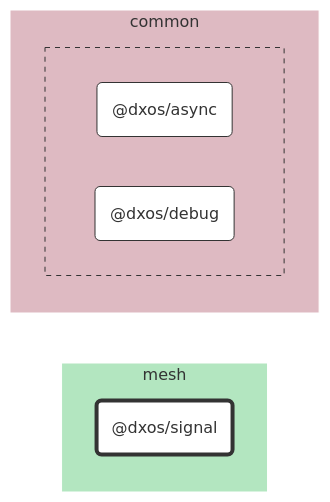
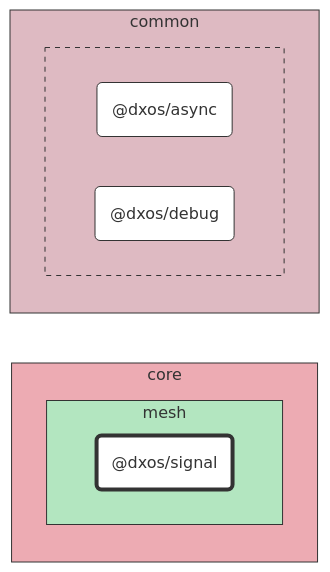
One commit to dxos/dxos changed the diagram in packages/core/mesh/signal/docs/README.md. Above: the diagram before and after it, drawn with Mermaid. The commit also changed 89 other files, not shown here.

````diff
--- a/packages/core/mesh/signal/docs/README.md
+++ b/packages/core/mesh/signal/docs/README.md
@@ -7,32 +7,36 @@
 ```mermaid
 %%{ init: {'flowchart':{'curve':'basis'}} }%%
 
 flowchart LR
 
 %% Classes
 classDef def fill:#fff,stroke:#333,stroke-width:1px
 classDef root fill:#fff,stroke:#333,stroke-width:4px
 
 %% Nodes
 
-subgraph mesh [mesh]
-  style mesh fill:#b3e6c0,stroke:#fff
-  dxos/signal("@dxos/signal"):::root
-  click dxos/signal "dxos/dxos/tree/main/packages/core/mesh/signal/docs"
+subgraph core [core]
+  style core fill:#edabb3,stroke:#333
+
+  subgraph mesh [mesh]
+    style mesh fill:#b3e6c0,stroke:#333
+    dxos/signal("@dxos/signal"):::root
+    click dxos/signal "dxos/dxos/tree/main/packages/core/mesh/signal/docs"
+  end
 end
 
 subgraph common [common]
-  style common fill:#debac2,stroke:#fff
+  style common fill:#debac2,stroke:#333
 
-  subgraph common-excluded [ ]
-    style common-excluded fill:#debac2,stroke:#333,stroke-dasharray:5 5
+  subgraph _ [ ]
+    style _ fill:#debac2,stroke:#333,stroke-dasharray:5 5
     dxos/async("@dxos/async"):::def
     click dxos/async "dxos/dxos/tree/main/packages/common/async/docs"
     dxos/debug("@dxos/debug"):::def
     click dxos/debug "dxos/dxos/tree/main/packages/common/debug/docs"
   end
 end
 
 %% Links
 linkStyle default stroke:#333,stroke-width:1px
 ```
````
